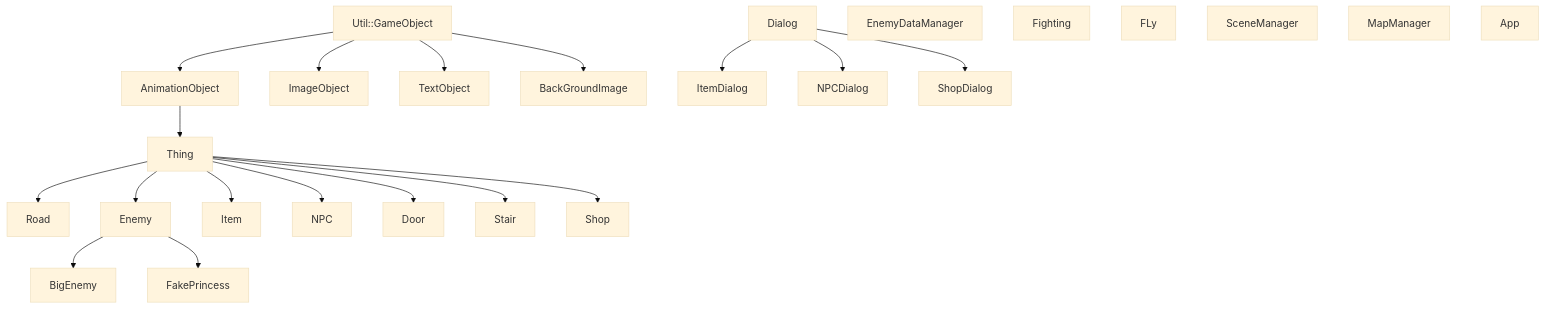
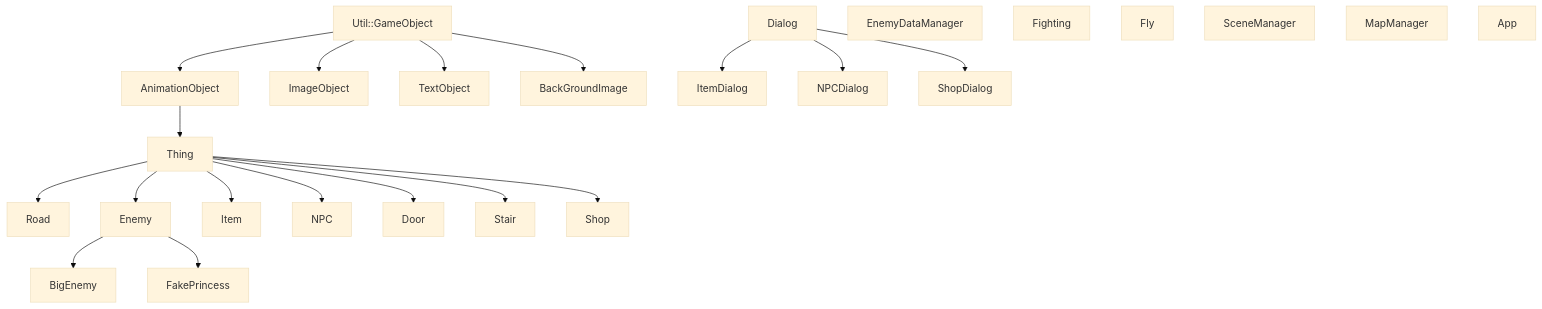
Before and after one commit to joycehsu0427/OOPL_project_magic_tower: the diagram in 2025OOPL_Final.md, drawn with Mermaid (base theme). The commit also changed other lines of this file, not shown here.

````diff
--- a/2025OOPL_Final.md
+++ b/2025OOPL_Final.md
@@ -77,34 +77,34 @@
 ```mermaid
 graph TD
 
 
     Util::GameObject --> AnimationObject
     Util::GameObject --> ImageObject
     Util::GameObject --> TextObject
     Util::GameObject --> BackGroundImage
     
     AnimationObject --> Thing
     
     Thing --> Road
     Thing --> Enemy
     Thing --> Item
     Thing --> NPC
     Thing --> Door
     Thing --> Stair
     Thing --> Shop
     
     Enemy --> BigEnemy
     Enemy --> FakePrincess
     
     Dialog --> ItemDialog
     Dialog --> NPCDialog
     Dialog --> ShopDialog
     
     EnemyDataManager
     Fighting
-    FLy
+    Fly
     SceneManager
     MapManager
     App
 
 ```
````
